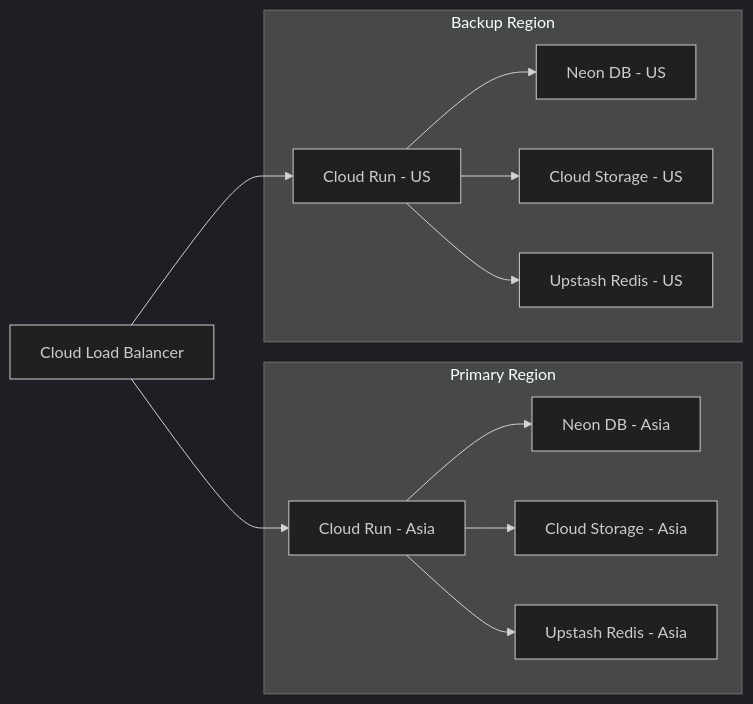
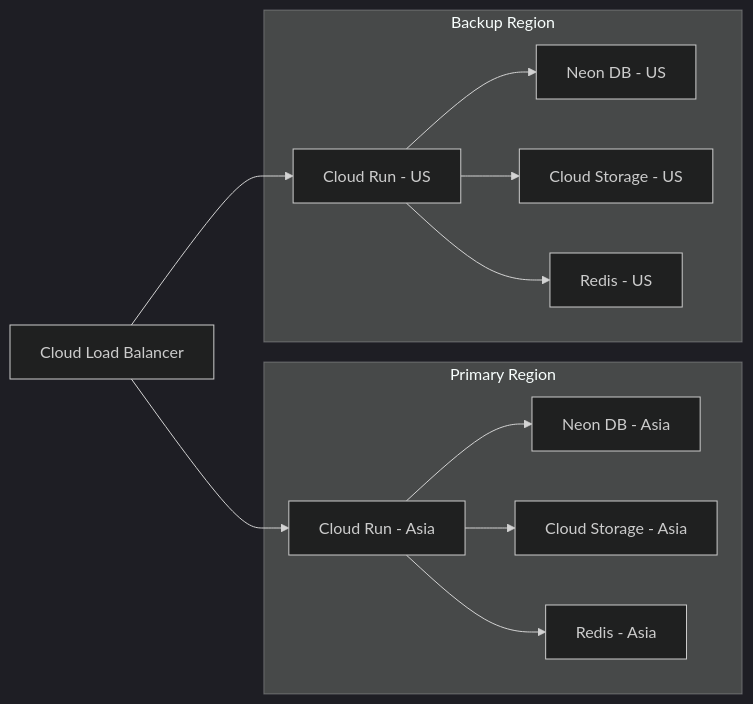
Before and after one commit to hateem2121/RUN: the second of 3 diagrams in docs/operations/disaster-recovery.md, drawn with Mermaid (dark theme). The commit also changed other lines of this file and 66 other files, not shown here.

````diff
--- a/docs/operations/disaster-recovery.md
+++ b/docs/operations/disaster-recovery.md
@@ -67,17 +67,17 @@
 ```mermaid
 graph LR
     subgraph Primary Region
         A[Cloud Run - Asia] --> B[Neon DB - Asia]
         A --> C[Cloud Storage - Asia]
-        A --> D[Upstash Redis - Asia]
+        A --> D[Redis - Asia]
     end
     
     subgraph Backup Region
         E[Cloud Run - US] --> F[Neon DB - US]
         E --> G[Cloud Storage - US]
-        E --> H[Upstash Redis - US]
+        E --> H[Redis - US]
     end
     
     I[Cloud Load Balancer] --> A
     I --> E
 ```
````
